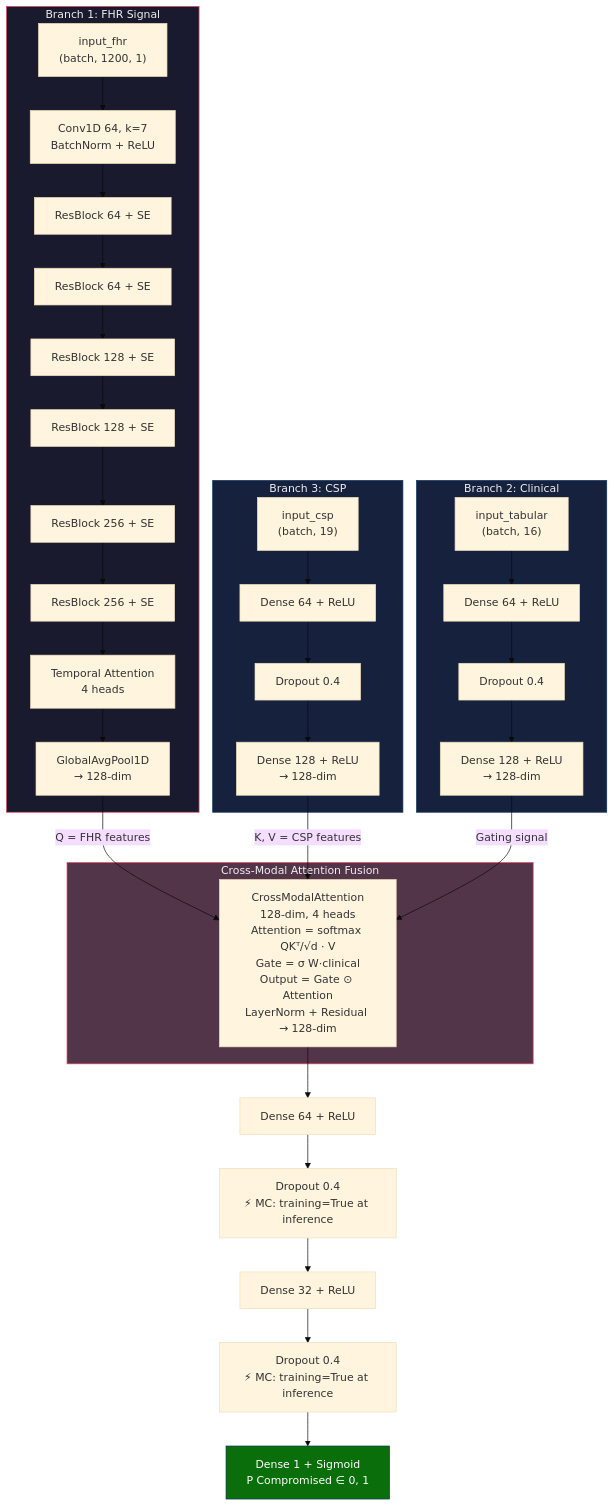
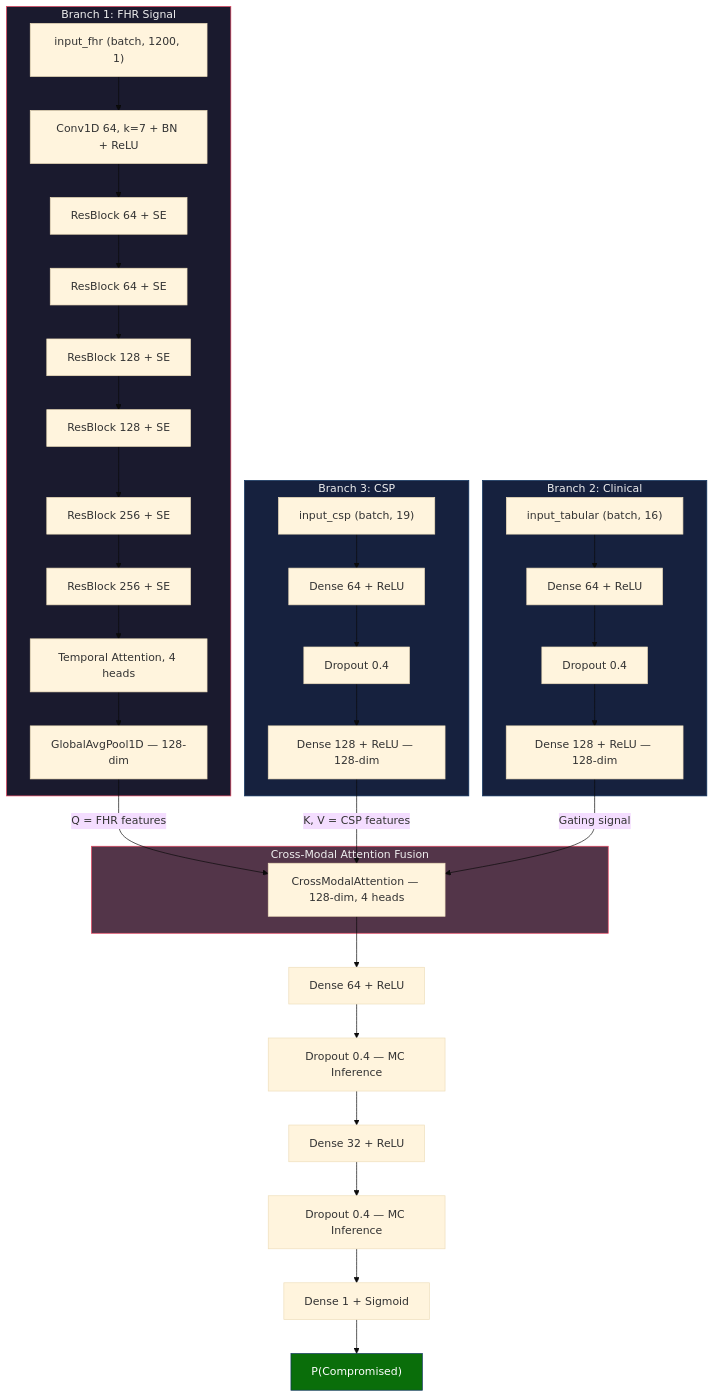
Before and after one commit to Krishna200608/NeuroFetal-AI: the second of 4 diagrams in Reports/explain.md, drawn with Mermaid (base theme). The commit also changed other lines of this file, not shown here.

````diff
--- a/Reports/explain.md
+++ b/Reports/explain.md
@@ -239,46 +239,47 @@
 ```mermaid
 flowchart TD
     subgraph BRANCH1 ["Branch 1: FHR Signal"]
-        I1["input_fhr\n(batch, 1200, 1)"] --> C1["Conv1D 64, k=7\nBatchNorm + ReLU"]
+        I1["input_fhr (batch, 1200, 1)"] --> C1["Conv1D 64, k=7 + BN + ReLU"]
         C1 --> R1["ResBlock 64 + SE"]
         R1 --> R2["ResBlock 64 + SE"]
         R2 --> R3["ResBlock 128 + SE"]
         R3 --> R4["ResBlock 128 + SE"]
         R4 --> R5["ResBlock 256 + SE"]
         R5 --> R6["ResBlock 256 + SE"]
-        R6 --> TA["Temporal Attention\n4 heads"]
-        TA --> GP["GlobalAvgPool1D\n→ 128-dim"]
+        R6 --> TA["Temporal Attention, 4 heads"]
+        TA --> GP["GlobalAvgPool1D — 128-dim"]
     end
 
     subgraph BRANCH2 ["Branch 2: Clinical"]
-        I2["input_tabular\n(batch, 16)"] --> D1["Dense 64 + ReLU"]
+        I2["input_tabular (batch, 16)"] --> D1["Dense 64 + ReLU"]
         D1 --> DR1["Dropout 0.4"]
-        DR1 --> D2["Dense 128 + ReLU\n→ 128-dim"]
+        DR1 --> D2["Dense 128 + ReLU — 128-dim"]
     end
 
     subgraph BRANCH3 ["Branch 3: CSP"]
-        I3["input_csp\n(batch, 19)"] --> D3["Dense 64 + ReLU"]
+        I3["input_csp (batch, 19)"] --> D3["Dense 64 + ReLU"]
         D3 --> DR2["Dropout 0.4"]
-        DR2 --> D4["Dense 128 + ReLU\n→ 128-dim"]
+        DR2 --> D4["Dense 128 + ReLU — 128-dim"]
     end
 
     GP -->|"Q = FHR features"| CMA
     D4 -->|"K, V = CSP features"| CMA
     D2 -->|"Gating signal"| CMA
 
     subgraph FUSION ["Cross-Modal Attention Fusion"]
-        CMA["CrossModalAttention\n128-dim, 4 heads\nAttention = softmax QKᵀ/√d · V\nGate = σ W·clinical\nOutput = Gate ⊙ Attention\nLayerNorm + Residual → 128-dim"]
+        CMA["CrossModalAttention — 128-dim, 4 heads"]
     end
 
     CMA --> HD1["Dense 64 + ReLU"]
-    HD1 --> MC1["Dropout 0.4\n⚡ MC: training=True at inference"]
+    HD1 --> MC1["Dropout 0.4 — MC Inference"]
     MC1 --> HD2["Dense 32 + ReLU"]
-    HD2 --> MC2["Dropout 0.4\n⚡ MC: training=True at inference"]
-    MC2 --> OUT["Dense 1 + Sigmoid\nP Compromised ∈ 0, 1"]
+    HD2 --> MC2["Dropout 0.4 — MC Inference"]
+    MC2 --> OUT["Dense 1 + Sigmoid"]
+    OUT --> PRED["P(Compromised)"]
 
     style BRANCH1 fill:#1a1a2e,stroke:#e94560,color:#eee
     style BRANCH2 fill:#16213e,stroke:#0f3460,color:#eee
     style BRANCH3 fill:#16213e,stroke:#0f3460,color:#eee
     style FUSION fill:#533549,stroke:#e94560,color:#eee
-    style OUT fill:#0a6e0a,stroke:#0f3460,color:#fff
+    style PRED fill:#0a6e0a,stroke:#0f3460,color:#fff
 ```
````
